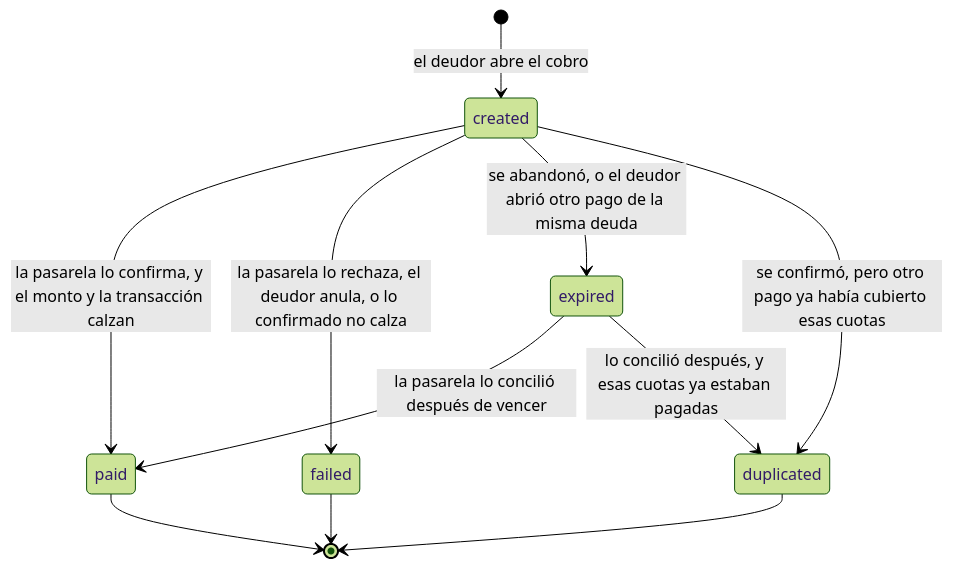
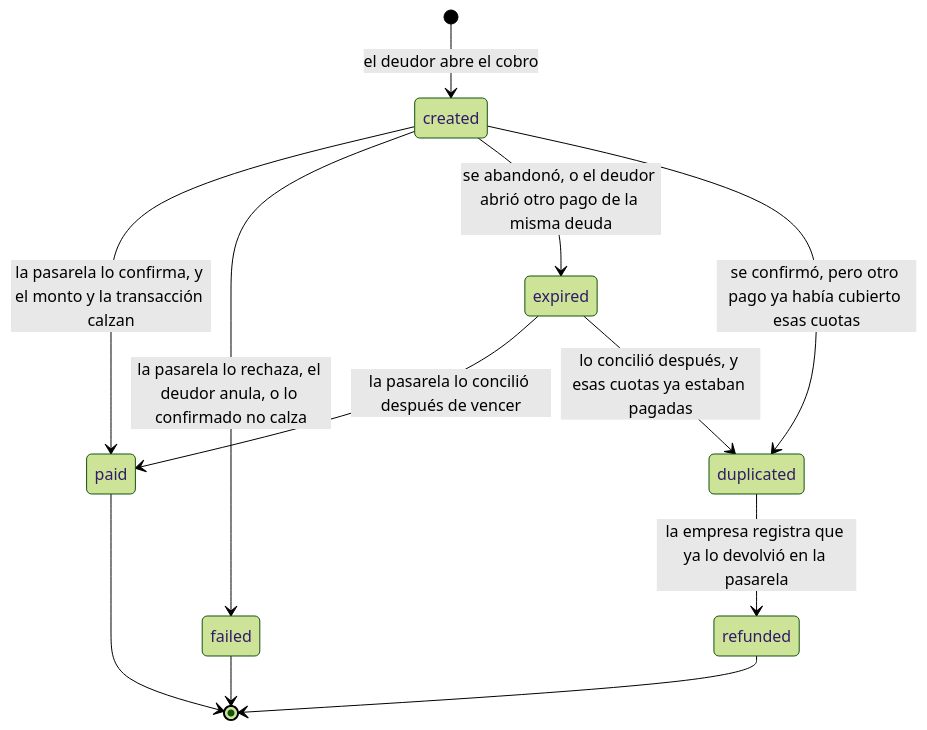
The third of 8 diagrams in docs/diagramas/estados.md (TechnicalBridge/DataBridge), drawn with Mermaid (forest theme) before and after one commit. The commit also changed other lines of this file and 15 other files, not shown here.

````diff
--- a/docs/diagramas/estados.md
+++ b/docs/diagramas/estados.md
@@ -96,13 +96,14 @@
 ```mermaid
 stateDiagram-v2
     [*] --> created: el deudor abre el cobro
     created --> paid: la pasarela lo confirma, y el monto y la transacción calzan
     created --> failed: la pasarela lo rechaza, el deudor anula, o lo confirmado no calza
     created --> expired: se abandonó, o el deudor abrió otro pago de la misma deuda
     created --> duplicated: se confirmó, pero otro pago ya había cubierto esas cuotas
     expired --> paid: la pasarela lo concilió después de vencer
     expired --> duplicated: lo concilió después, y esas cuotas ya estaban pagadas
     paid --> [*]
     failed --> [*]
-    duplicated --> [*]
+    duplicated --> refunded: la empresa registra que ya lo devolvió en la pasarela
+    refunded --> [*]
 ```
````
